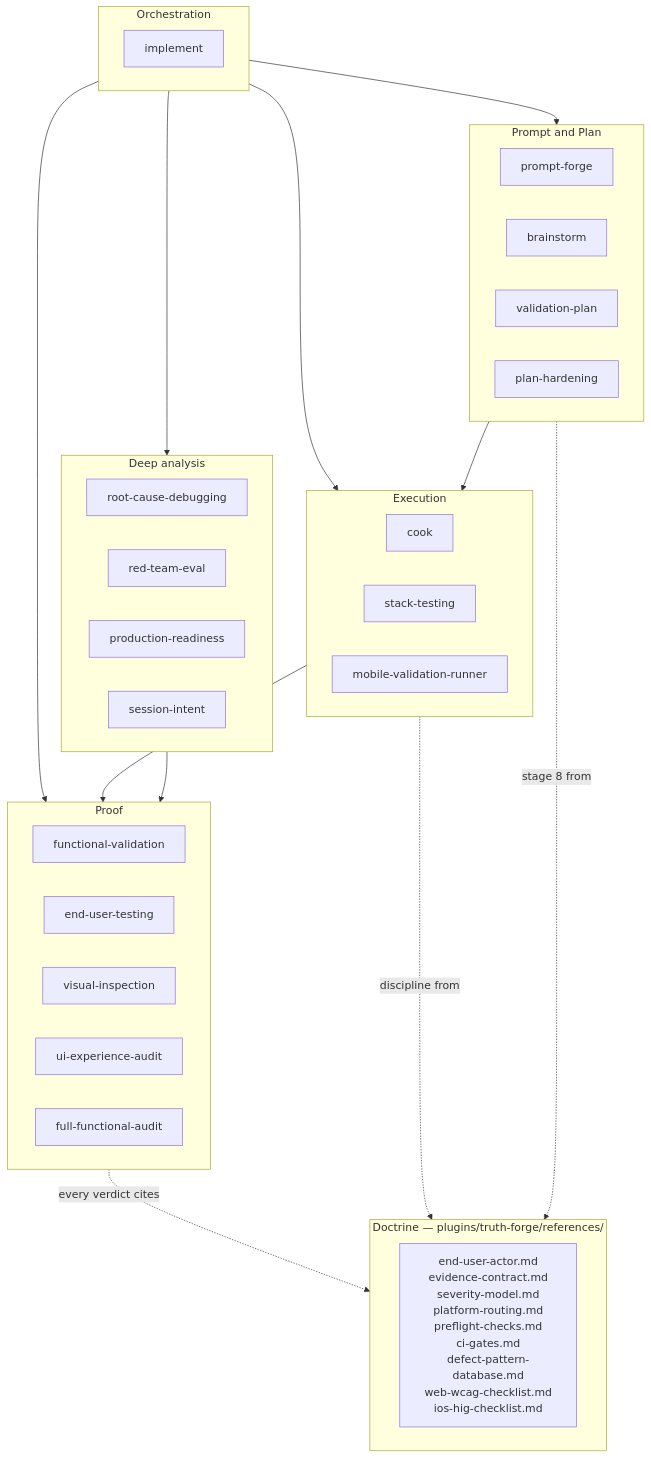
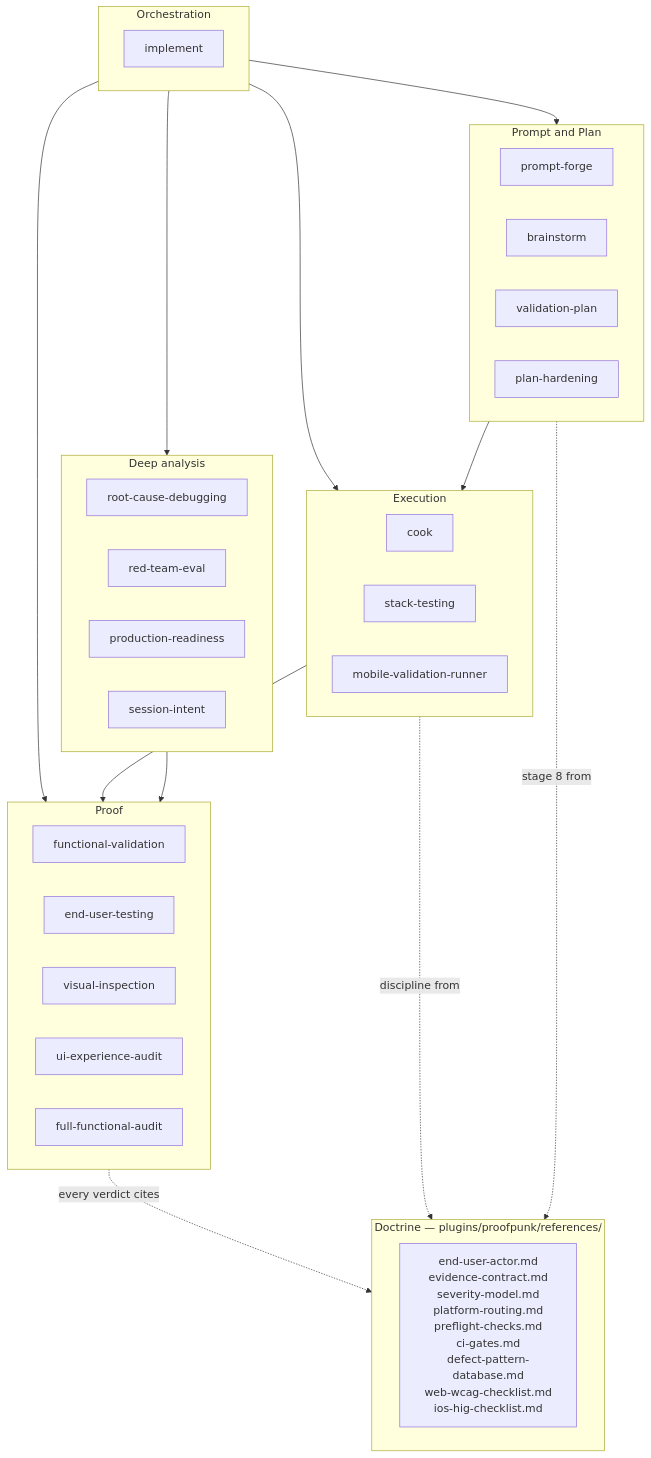
Before and after one commit to krzemienski/proofpunk: the second of 5 diagrams in README.md, drawn with Mermaid. The commit also changed other lines of this file and 252 other files, not shown here.

First line of the commit message:
v1.8.0: rename truth-forge -> proofpunk

````diff
--- a/README.md
+++ b/README.md
@@ -463,43 +463,43 @@
 ```mermaid
 graph TB
     subgraph ORCH["Orchestration"]
         IMP["implement"]
     end
     subgraph PROMPT["Prompt and Plan"]
         PF["prompt-forge"]
         BS["brainstorm"]
         VP["validation-plan"]
         PH["plan-hardening"]
     end
     subgraph EXEC["Execution"]
         CK["cook"]
         ST["stack-testing"]
         MVR["mobile-validation-runner"]
     end
     subgraph PROOF["Proof"]
         FV["functional-validation"]
         EG["end-user-testing"]
         VI["visual-inspection"]
         UX["ui-experience-audit"]
         FFA["full-functional-audit"]
     end
     subgraph DEEP["Deep analysis"]
         RCD["root-cause-debugging"]
         RTE["red-team-eval"]
         PR["production-readiness"]
         SI["session-intent"]
     end
-    subgraph DOC["Doctrine — plugins/truth-forge/references/"]
+    subgraph DOC["Doctrine — plugins/proofpunk/references/"]
         REF["end-user-actor.md<br/>evidence-contract.md<br/>severity-model.md<br/>platform-routing.md<br/>preflight-checks.md<br/>ci-gates.md<br/>defect-pattern-database.md<br/>web-wcag-checklist.md<br/>ios-hig-checklist.md"]
     end
     ORCH --> PROMPT
     ORCH --> EXEC
     ORCH --> PROOF
     ORCH --> DEEP
     PROMPT --> EXEC
     EXEC --> PROOF
     DEEP --> PROOF
     PROOF -.->|every verdict cites| DOC
     EXEC -.->|discipline from| DOC
     PROMPT -.->|stage 8 from| DOC
 ```
````
